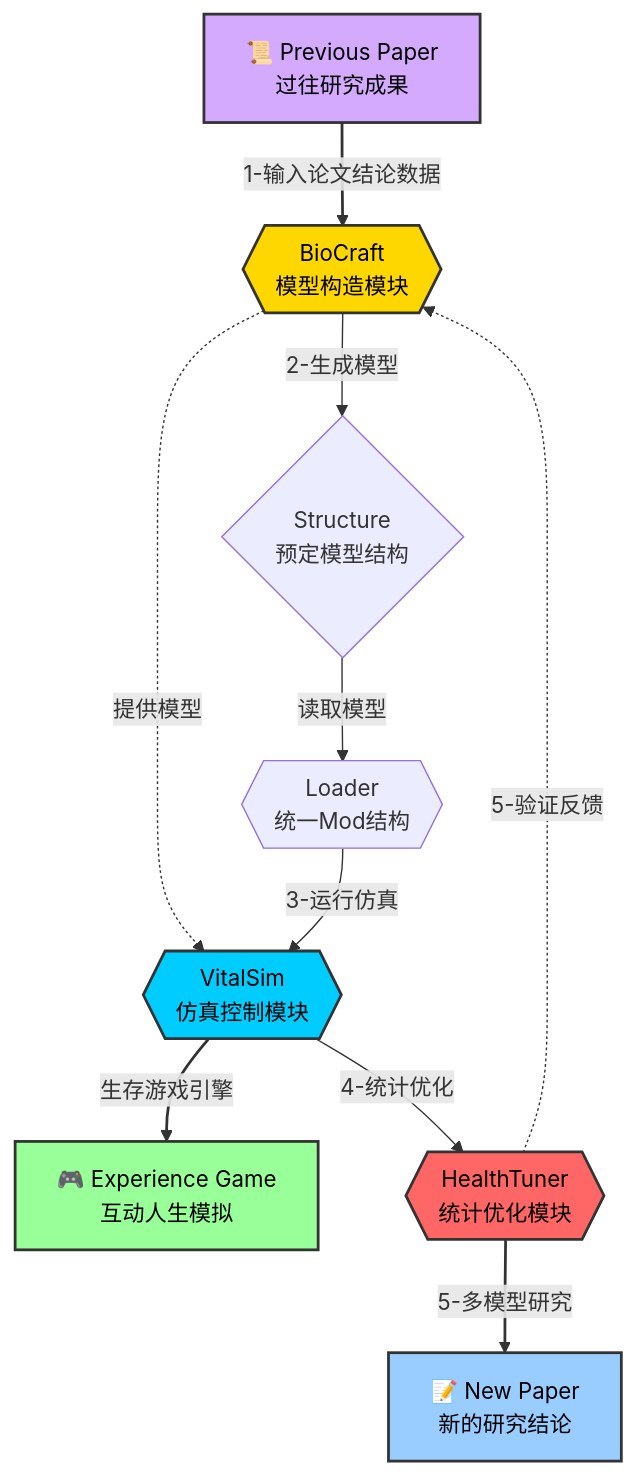
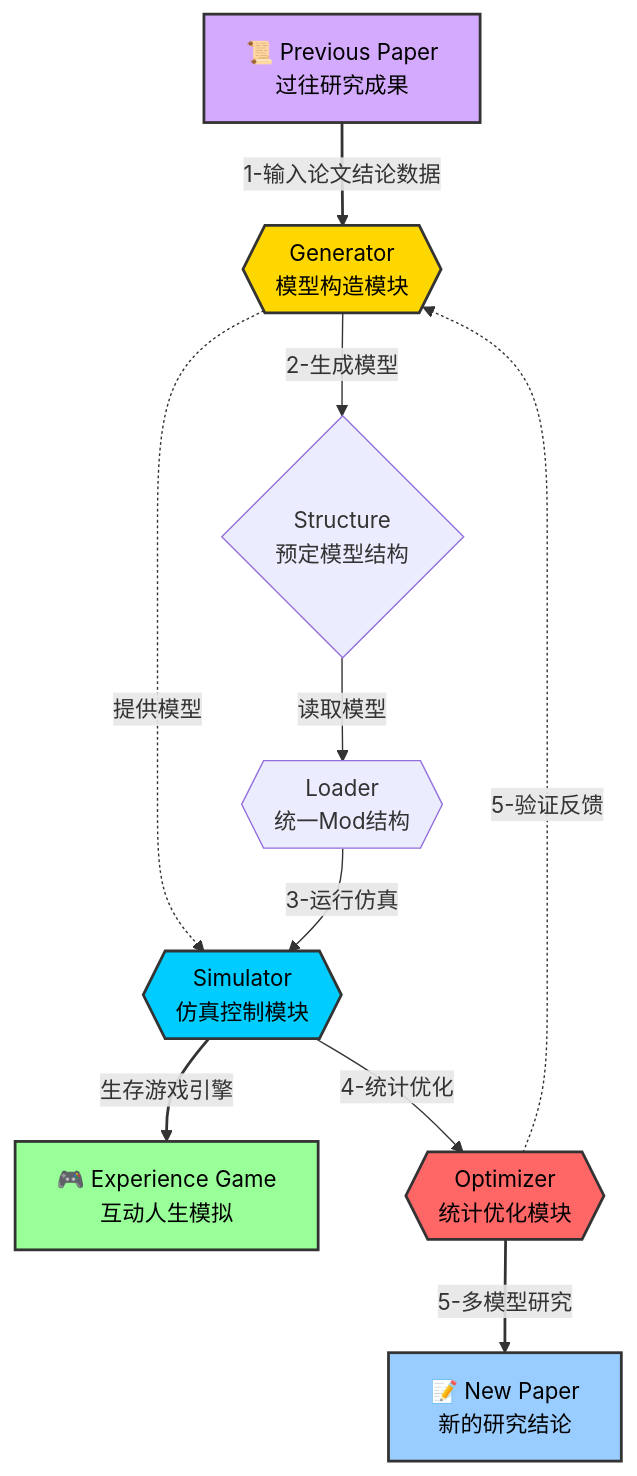
The diagram in README.md (shenfan19/life-matters-reference-engine), drawn with Mermaid before and after one commit. The commit also changed other lines of this file and 5 other files, not shown here.

````diff
--- a/README.md
+++ b/README.md
@@ -240,37 +240,37 @@
 ```mermaid
 graph TD
 
     %% 子图：突出三角关系
-    B{{BioCraft<br>模型构造模块}}
-    V{{VitalSim<br>仿真控制模块}}
-    H{{HealthTuner<br>统计优化模块}}
+    B{{Generator<br>模型构造模块}}
+    V{{Simulator<br>仿真控制模块}}
+    H{{Optimizer<br>统计优化模块}}
     L{{Loader<br>统一Mod结构}}
     S{Structure<br>预定模型结构}
 
     P[📜 Previous Paper<br>过往研究成果]
     N[📝 New Paper<br>新的研究结论]
     G[🎮 Experience Game<br>互动人生模拟]
 
     %% LINE
     P --> |1-输入论文结论数据| B
     H --> |5-多模型研究| N
     V --> |生存游戏引擎| G
 
     B -.-> |提供模型| V
     V -->  |4-统计优化| H
     H -.-> |5-验证反馈| B
 
     B --> |2-生成模型| S --> |读取模型| L
     L --> |3-运行仿真| V
 
     %% 样式优化
     style B fill:#ffd700,stroke:#333,stroke-width:2px,color:#000
     style V fill:#00ccff,stroke:#333,stroke-width:2px,color:#000
     style H fill:#ff6666,stroke:#333,stroke-width:2px,color:#000
 
     style P fill:#d4aaff,stroke:#333,stroke-width:2px,color:#000
     style N fill:#99ccff,stroke:#333,stroke-width:2px,color:#000
     style G fill:#99ff99,stroke:#333,stroke-width:2px,color:#000
     
     linkStyle 0,1,2 stroke:#333,stroke-width:2px
 ```
````
